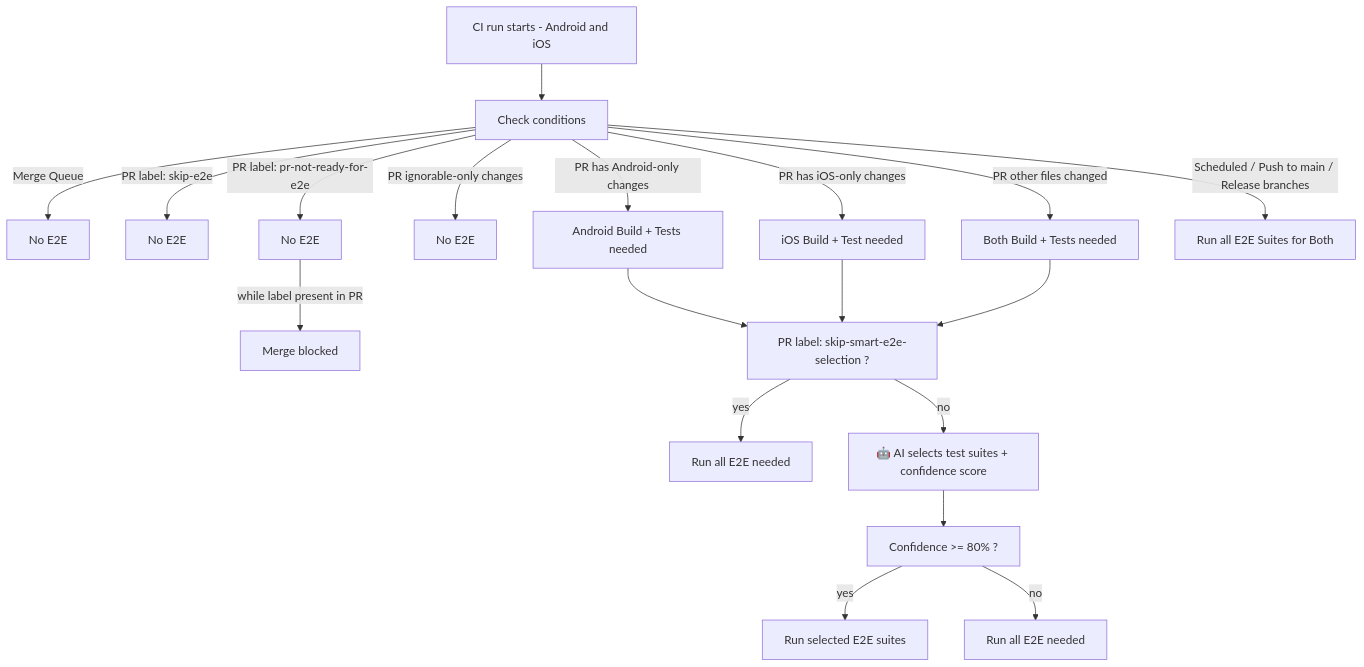
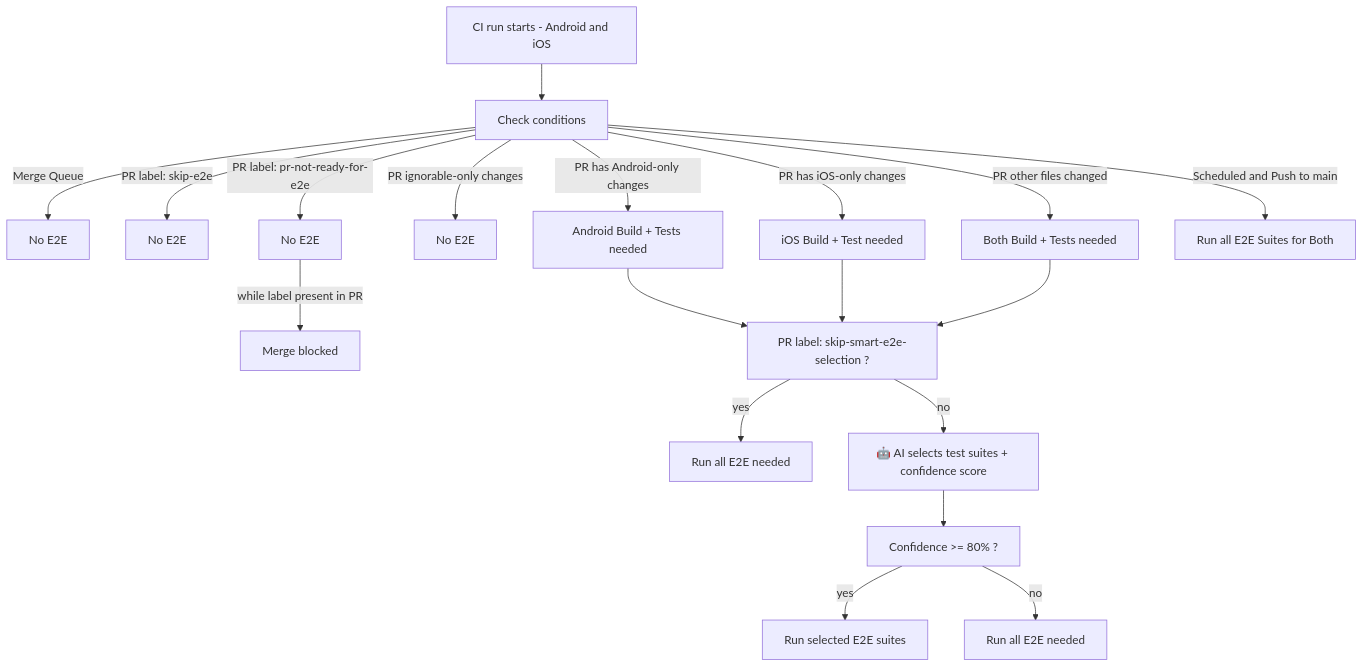
One commit to MetaMask/metamask-mobile changed the diagram in .github/guidelines/E2E_DECISION_TREE.md. Above: the diagram before and after it, drawn with Mermaid.

Commit message:
ci: add automated E2E readiness label and CI checks

````diff
--- a/.github/guidelines/E2E_DECISION_TREE.md
+++ b/.github/guidelines/E2E_DECISION_TREE.md
@@ -5,20 +5,20 @@
 ```mermaid
 flowchart TD
     CI[CI run starts - Android and iOS] --> GR[Check conditions]
     GR -->|Merge Queue | MQ[No E2E]
     GR -->|PR label: skip-e2e| HS[No E2E]
     GR -->|PR label: pr-not-ready-for-e2e| L2[No E2E]
     L2 -->|while label present in PR| Skip2[Merge blocked]
     GR -->|PR ignorable-only changes| Ignorable[No E2E]
     GR -->|PR has Android-only changes| Android[Android Build + Tests needed]
     GR -->|PR has iOS-only changes| iOS[iOS Build + Test needed]
     GR -->|PR other files changed| Both[Both Build + Tests needed]
-    GR -->|Scheduled / Push to main / Release branches| Full[Run all E2E Suites for Both]
+    GR -->|Scheduled and Push to main | Full[Run all E2E Suites for Both]
 
     Android & iOS & Both --> LABEL[PR label: skip-smart-e2e-selection ?]
     LABEL -->|yes| AllTags[Run all E2E needed]
     LABEL -->|no| AI[🤖 AI selects test suites + confidence score]
     AI --> CONF[Confidence >= 80% ?]
     CONF -->|yes| SelectedTags[Run selected E2E suites]
     CONF -->|no| AllTagsFallback[Run all E2E needed]
 ```
````
